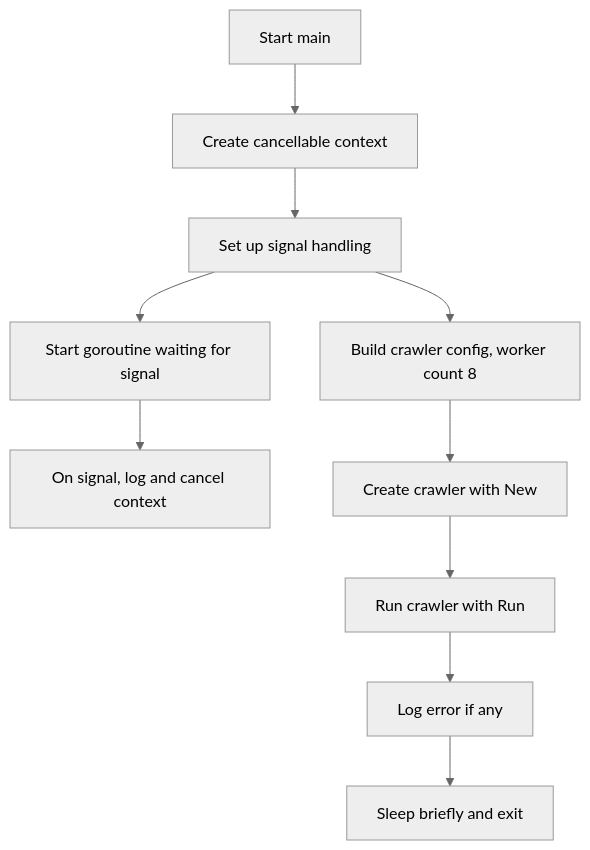
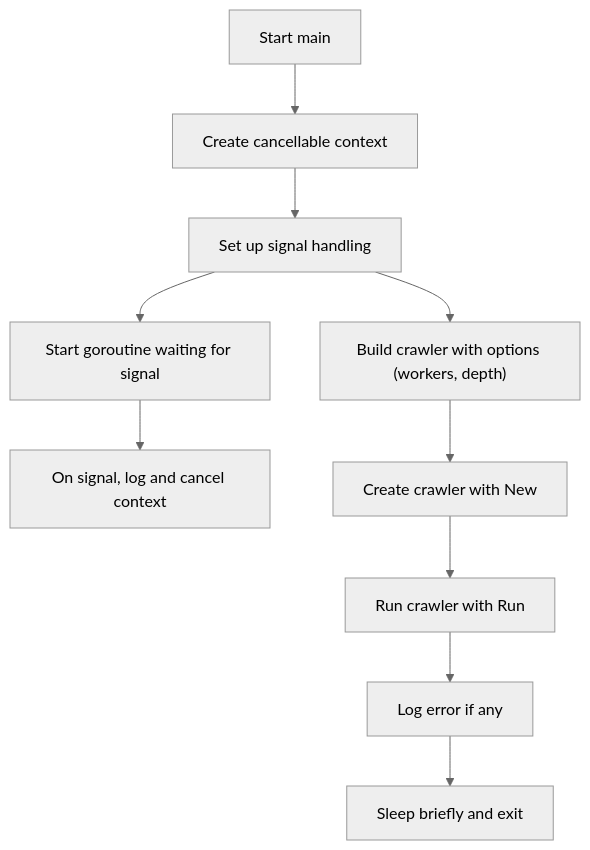
The diagram in docs/cmd/crawler/main.go.md (bijay-develops/Concurrent-Web-Crawler-with-Pluggable-Pipelines), drawn with Mermaid (neutral theme) before and after one commit. The commit also changed other lines of this file and 10 other files, not shown here.

````diff
--- a/docs/cmd/crawler/main.go.md
+++ b/docs/cmd/crawler/main.go.md
@@ -64,12 +59,12 @@
 ```mermaid
 flowchart TD
   A["Start main"] --> B["Create cancellable context"]
   B --> C["Set up signal handling"]
   C --> D["Start goroutine waiting for signal"]
   D --> E["On signal, log and cancel context"]
-  C --> F["Build crawler config, worker count 8"]
+  C --> F["Build crawler with options (workers, depth)"]
   F --> G["Create crawler with New"]
   G --> H["Run crawler with Run"]
   H --> I["Log error if any"]
   I --> J["Sleep briefly and exit"]
 ```
````
